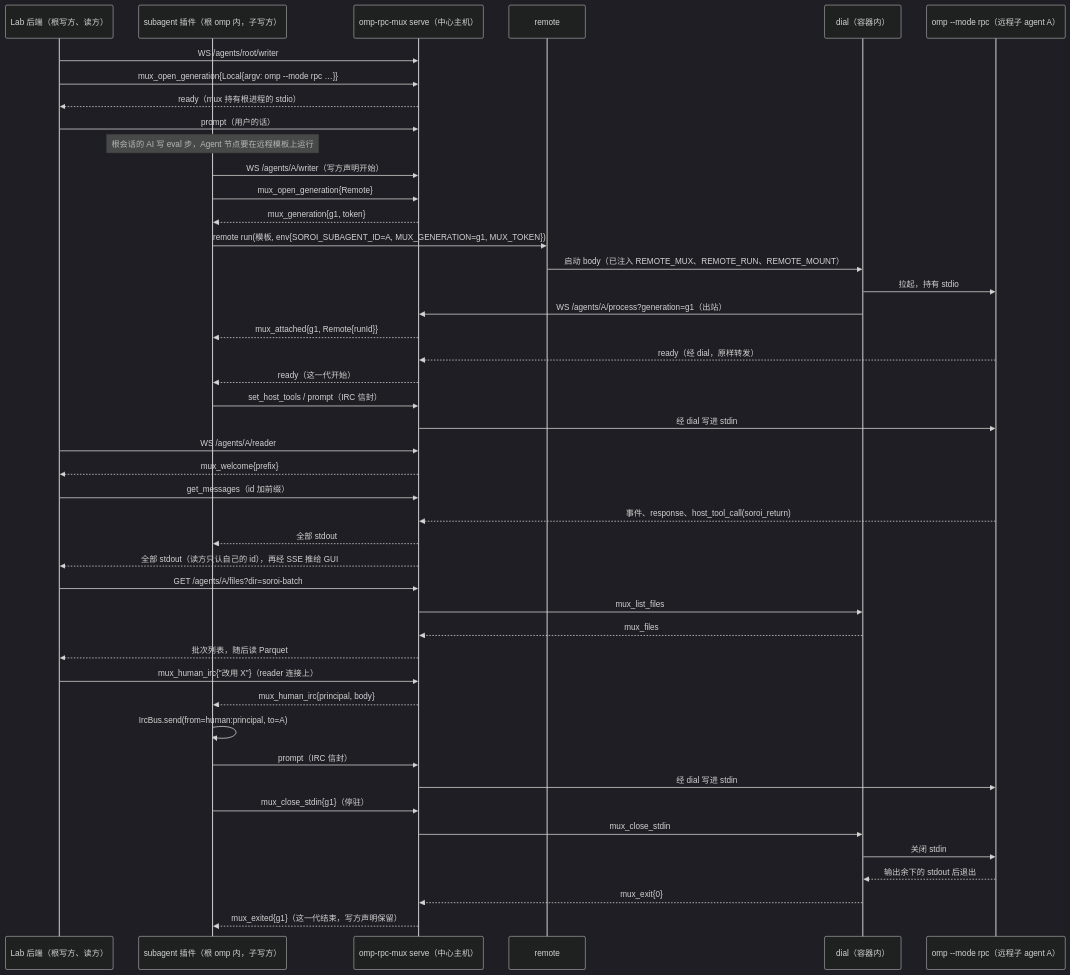
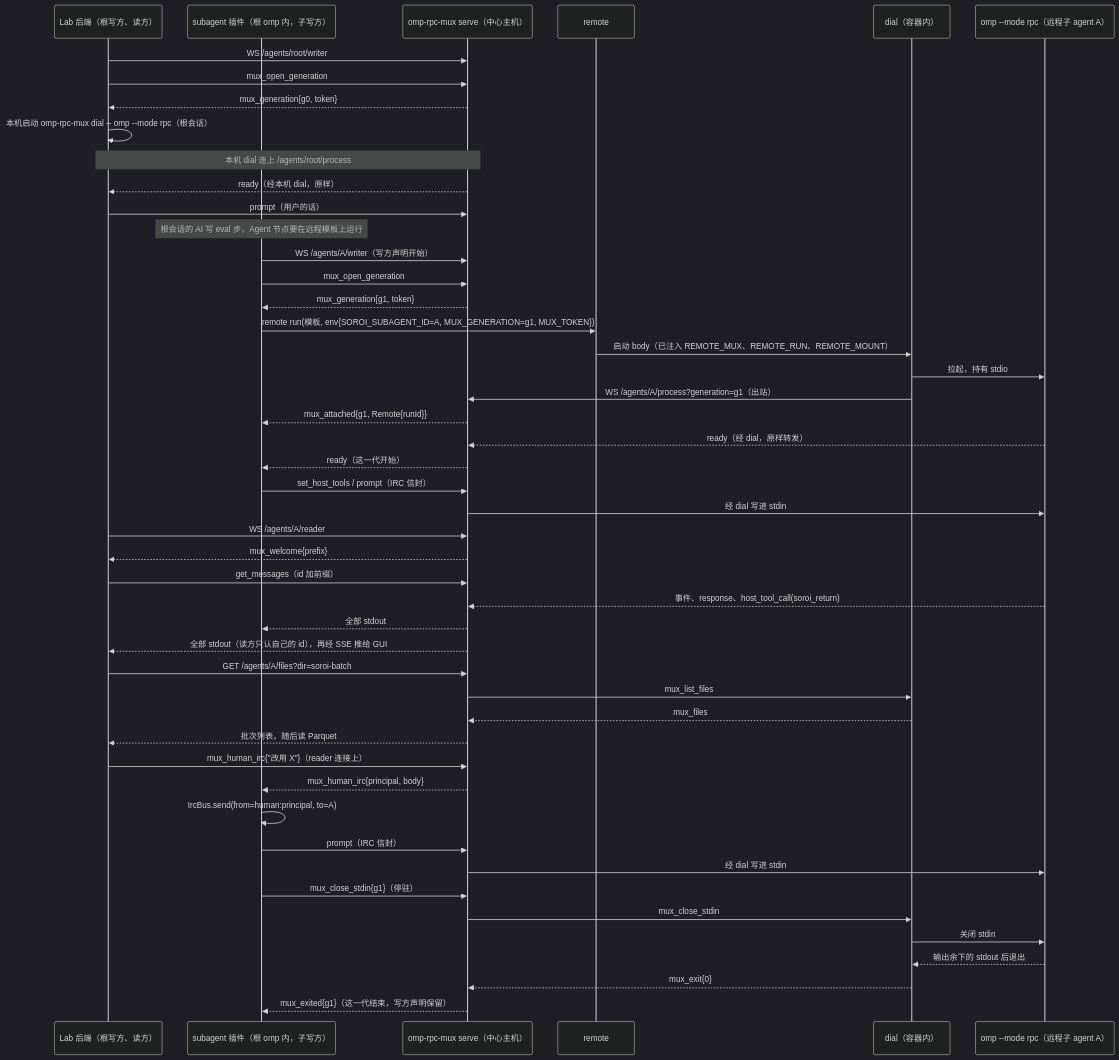
The diagram in evidence/decisions/D3-network-mux.md (Pepgent/PM), drawn with Mermaid (dark theme) before and after one commit. The commit also changed other lines of this file and 4 other files, not shown here.

````diff
--- a/evidence/decisions/D3-network-mux.md
+++ b/evidence/decisions/D3-network-mux.md
@@ -151,47 +148,50 @@
 ```mermaid
 sequenceDiagram
     participant L as Lab 后端（根写方、读方）
     participant P as subagent 插件（根 omp 内，子写方）
     participant M as omp-rpc-mux serve（中心主机）
     participant R as remote
     participant D as dial（容器内）
     participant O as omp --mode rpc（远程子 agent A）
     L->>M: WS /agents/root/writer
-    L->>M: mux_open_generation{Local{argv: omp --mode rpc …}}
-    M-->>L: ready（mux 持有根进程的 stdio）
+    L->>M: mux_open_generation
+    M-->>L: mux_generation{g0, token}
+    L->>L: 本机启动 omp-rpc-mux dial -- omp --mode rpc（根会话）
+    Note over L,M: 本机 dial 连上 /agents/root/process
+    M-->>L: ready（经本机 dial，原样）
     L->>M: prompt（用户的话）
     Note over P: 根会话的 AI 写 eval 步，Agent 节点要在远程模板上运行
     P->>M: WS /agents/A/writer（写方声明开始）
-    P->>M: mux_open_generation{Remote}
+    P->>M: mux_open_generation
     M-->>P: mux_generation{g1, token}
     P->>R: remote run(模板, env{SOROI_SUBAGENT_ID=A, MUX_GENERATION=g1, MUX_TOKEN})
     R->>D: 启动 body（已注入 REMOTE_MUX、REMOTE_RUN、REMOTE_MOUNT）
     D->>O: 拉起，持有 stdio
     D->>M: WS /agents/A/process?generation=g1（出站）
     M-->>P: mux_attached{g1, Remote{runId}}
     O-->>M: ready（经 dial，原样转发）
     M-->>P: ready（这一代开始）
     P->>M: set_host_tools / prompt（IRC 信封）
     M->>O: 经 dial 写进 stdin
     L->>M: WS /agents/A/reader
     M-->>L: mux_welcome{prefix}
     L->>M: get_messages（id 加前缀）
     O-->>M: 事件、response、host_tool_call(soroi_return)
     M-->>P: 全部 stdout
     M-->>L: 全部 stdout（读方只认自己的 id），再经 SSE 推给 GUI
     L->>M: GET /agents/A/files?dir=soroi-batch
     M->>D: mux_list_files
     D-->>M: mux_files
     M-->>L: 批次列表，随后读 Parquet
     L->>M: mux_human_irc{"改用 X"}（reader 连接上）
     M-->>P: mux_human_irc{principal, body}
     P->>P: IrcBus.send(from=human:principal, to=A)
     P->>M: prompt（IRC 信封）
     M->>O: 经 dial 写进 stdin
     P->>M: mux_close_stdin{g1}（停驻）
     M->>D: mux_close_stdin
     D->>O: 关闭 stdin
     O-->>D: 输出余下的 stdout 后退出
     D-->>M: mux_exit{0}
     M-->>P: mux_exited{g1}（这一代结束，写方声明保留）
 ```
````
